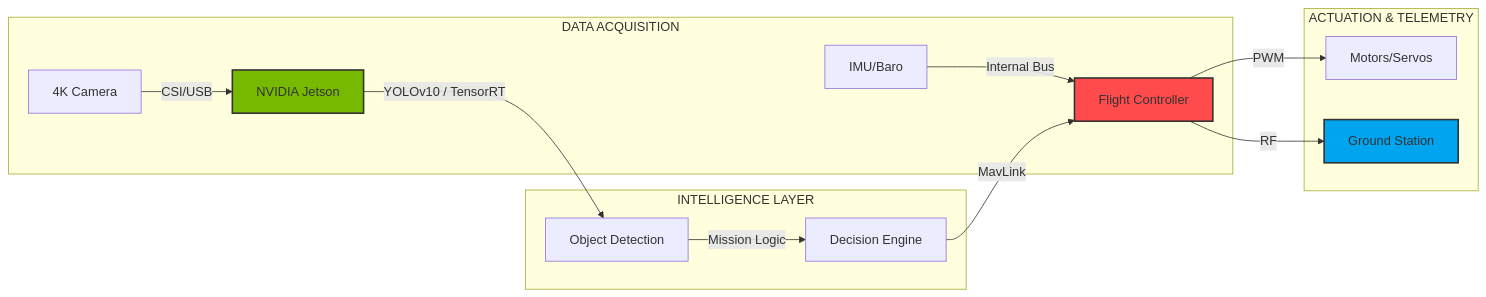
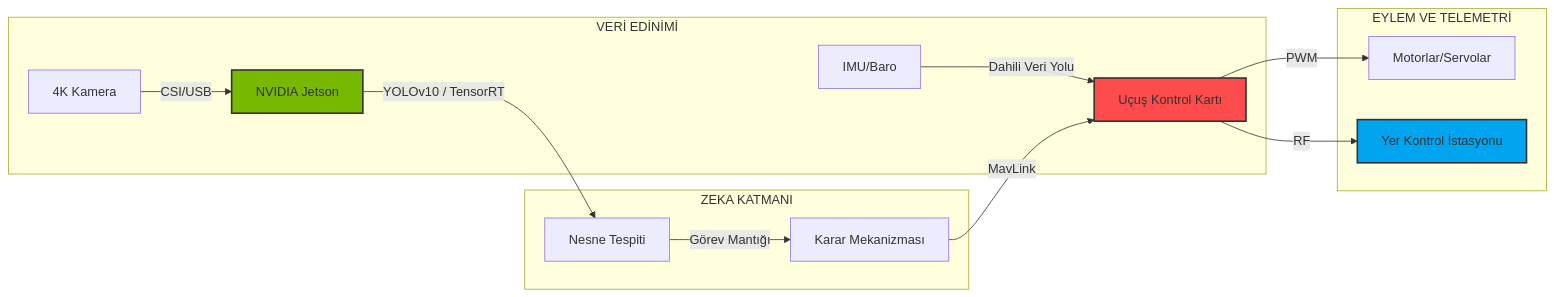
Before and after one commit to bahattinyunus/teknofest_uluslararasi_iha: the diagram in README.md, drawn with Mermaid. The commit also changed other lines of this file and 3 other files, not shown here.

````diff
--- a/README.md
+++ b/README.md
@@ -45,22 +45,22 @@
 ```mermaid
 graph LR
-    subgraph "DATA ACQUISITION"
-        CAM[4K Camera] -- CSI/USB --> GPU[NVIDIA Jetson]
-        SEN[IMU/Baro] -- Internal Bus --> FC[Flight Controller]
+    subgraph "VERİ EDİNİMİ"
+        CAM[4K Kamera] -- CSI/USB --> GPU[NVIDIA Jetson]
+        SEN[IMU/Baro] -- Dahili Veri Yolu --> FC[Uçuş Kontrol Kartı]
     end
 
-    subgraph "INTELLIGENCE LAYER"
-        GPU -- "YOLOv10 / TensorRT" --> AI[Object Detection]
-        AI -- "Mission Logic" --> DEC[Decision Engine]
+    subgraph "ZEKA KATMANI"
+        GPU -- "YOLOv10 / TensorRT" --> AI[Nesne Tespiti]
+        AI -- "Görev Mantığı" --> DEC[Karar Mekanizması]
     end
 
-    subgraph "ACTUATION & TELEMETRY"
+    subgraph "EYLEM VE TELEMETRİ"
         DEC -- MavLink --> FC
-        FC -- PWM --> PWM[Motors/Servos]
-        FC -- RF --> GCS[Ground Station]
+        FC -- PWM --> PWM[Motorlar/Servolar]
+        FC -- RF --> GCS[Yer Kontrol İstasyonu]
     end
 
     style GPU fill:#76B900,stroke:#333,stroke-width:2px
     style FC fill:#FF4B4B,stroke:#333,stroke-width:2px
     style GCS fill:#00A4EF,stroke:#333,stroke-width:2px
 ```
````
